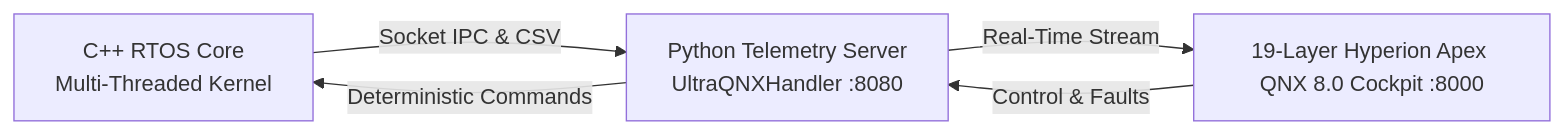
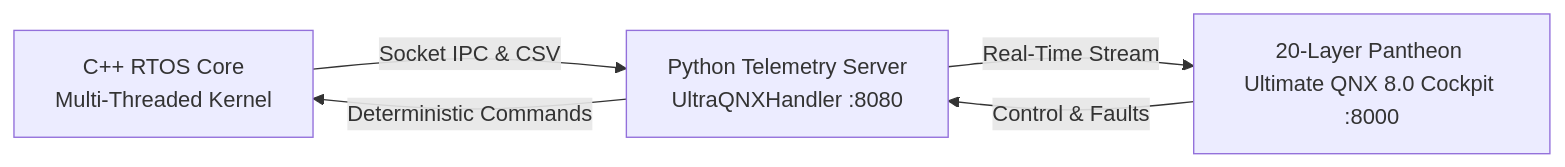
The diagram in README.md (shaikhabdul2015-max/qnx-hackathon-project), drawn with Mermaid before and after one commit. The commit also changed other lines of this file and 1 other file, not shown here.

Commit message:
Add Layer 20 Pantheon Ultimate: Swarm Hive-Mind X-Ray, Kinetic Harvester, and 20L Crown

````diff
--- a/README.md
+++ b/README.md
@@ -9,7 +9,7 @@
 ```mermaid
 graph LR
     A[C++ RTOS Core<br/>Multi-Threaded Kernel] -->|Socket IPC & CSV| B[Python Telemetry Server<br/>UltraQNXHandler :8080]
-    B -->|Real-Time Stream| C[19-Layer Hyperion Apex QNX 8.0 Cockpit :8000]
+    B -->|Real-Time Stream| C[20-Layer Pantheon Ultimate QNX 8.0 Cockpit :8000]
     C -->|Control & Faults| B
     B -->|Deterministic Commands| A
 ```
````
